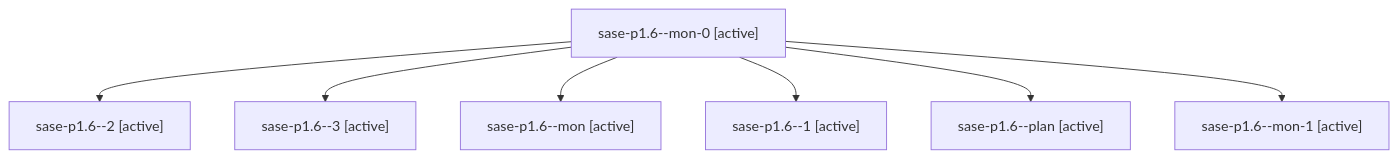
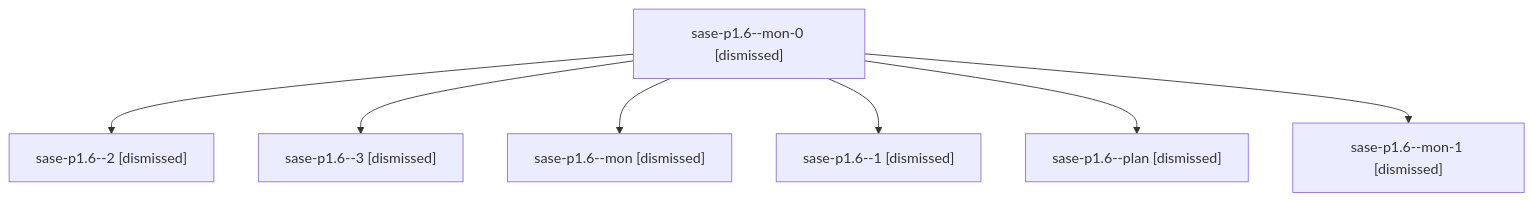
The diagram in sessions/bbugyi200.athena.sase-p1.6.md (sase-org/sase--agents), drawn with Mermaid before and after one commit. The commit also changed other lines of this file and 206 other files, not shown here.

````diff
--- a/sessions/bbugyi200.athena.sase-p1.6.md
+++ b/sessions/bbugyi200.athena.sase-p1.6.md
@@ -9,16 +9,16 @@
 ```mermaid
 flowchart TD
-  n0["sase-p1.6--mon-0 [active]"]
-  n1["sase-p1.6--2 [active]"]
+  n0["sase-p1.6--mon-0 [dismissed]"]
+  n1["sase-p1.6--2 [dismissed]"]
   n0 --> n1
-  n2["sase-p1.6--3 [active]"]
+  n2["sase-p1.6--3 [dismissed]"]
   n0 --> n2
-  n3["sase-p1.6--mon [active]"]
+  n3["sase-p1.6--mon [dismissed]"]
   n0 --> n3
-  n4["sase-p1.6--1 [active]"]
+  n4["sase-p1.6--1 [dismissed]"]
   n0 --> n4
-  n5["sase-p1.6--plan [active]"]
+  n5["sase-p1.6--plan [dismissed]"]
   n0 --> n5
-  n6["sase-p1.6--mon-1 [active]"]
+  n6["sase-p1.6--mon-1 [dismissed]"]
   n0 --> n6
 ```
````
